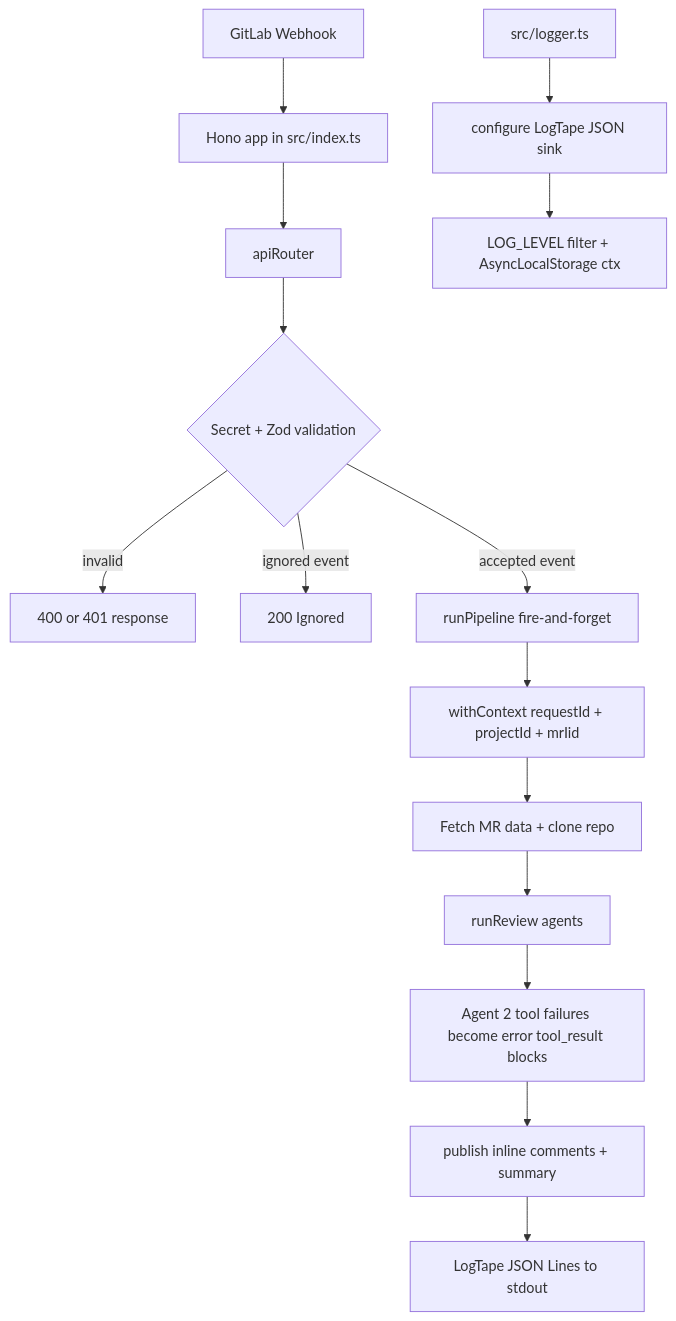
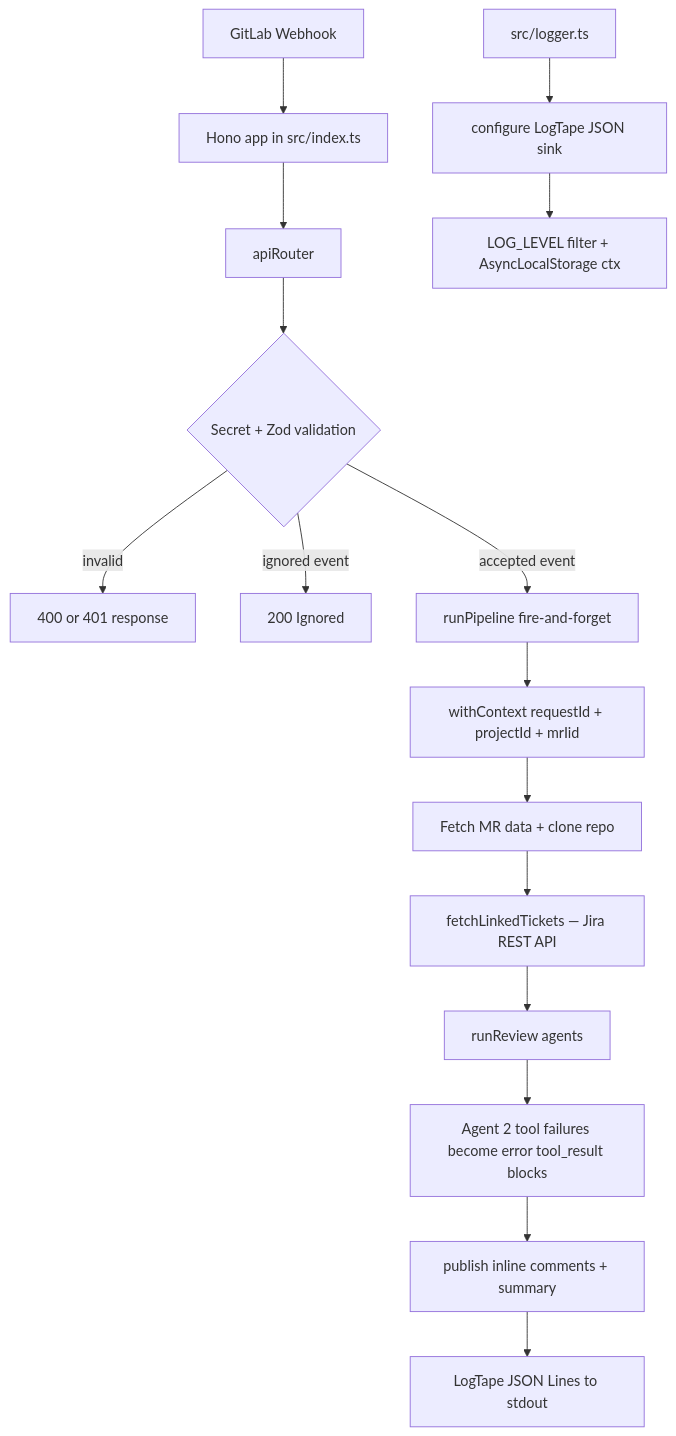
One commit to elis-salobehaj/code-smith changed the diagram in docs/humans/context/ARCHITECTURE.md. Above: the diagram before and after it, drawn with Mermaid. The commit also changed other lines of this file and 25 other files, not shown here.

````diff
--- a/docs/humans/context/ARCHITECTURE.md
+++ b/docs/humans/context/ARCHITECTURE.md
@@ -9,18 +9,19 @@
 ```mermaid
 graph TD
 	A[GitLab Webhook] --> B[Hono app in src/index.ts]
 	B --> C[apiRouter]
 	C --> D{Secret + Zod validation}
 	D -->|invalid| E[400 or 401 response]
 	D -->|ignored event| F[200 Ignored]
 	D -->|accepted event| G[runPipeline fire-and-forget]
 	G --> GA[withContext requestId + projectId + mrIid]
 	GA --> H[Fetch MR data + clone repo]
-	H --> I[runReview agents]
+	H --> HJ[fetchLinkedTickets — Jira REST API]
+	HJ --> I[runReview agents]
 	I --> IA[Agent 2 tool failures become error tool_result blocks]
 	IA --> J[publish inline comments + summary]
 	J --> K[LogTape JSON Lines to stdout]
 
 	L[src/logger.ts] --> M[configure LogTape JSON sink]
 	M --> N[LOG_LEVEL filter + AsyncLocalStorage ctx]
 ```
````
